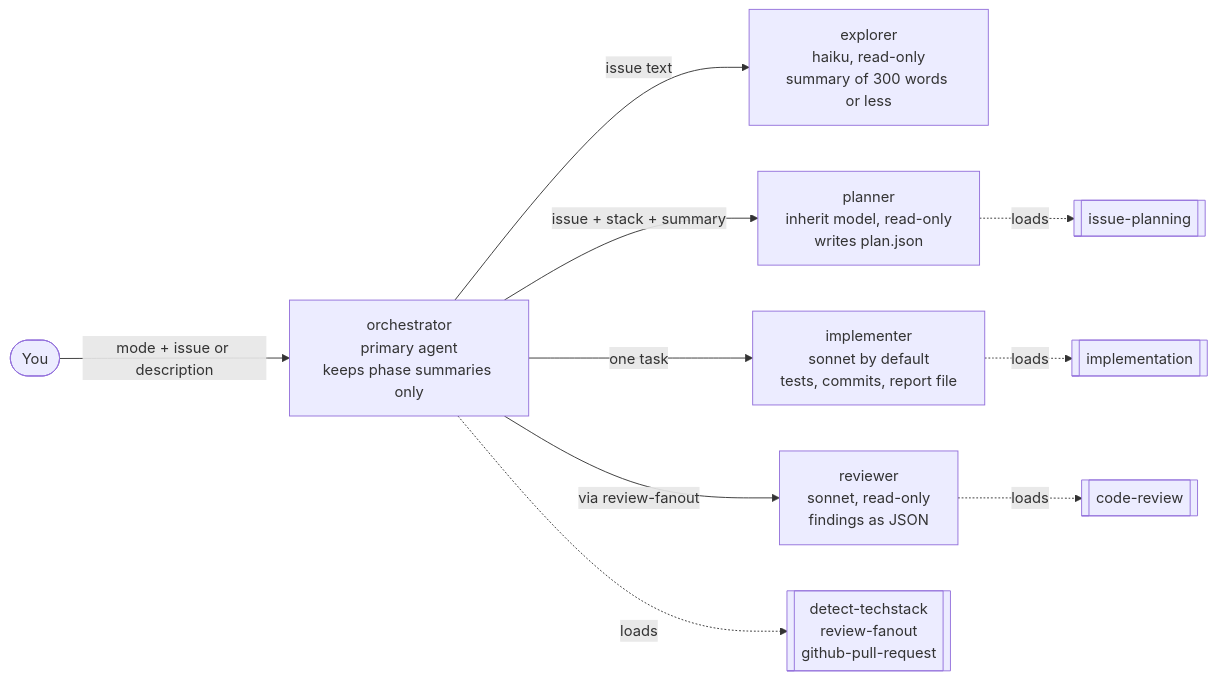
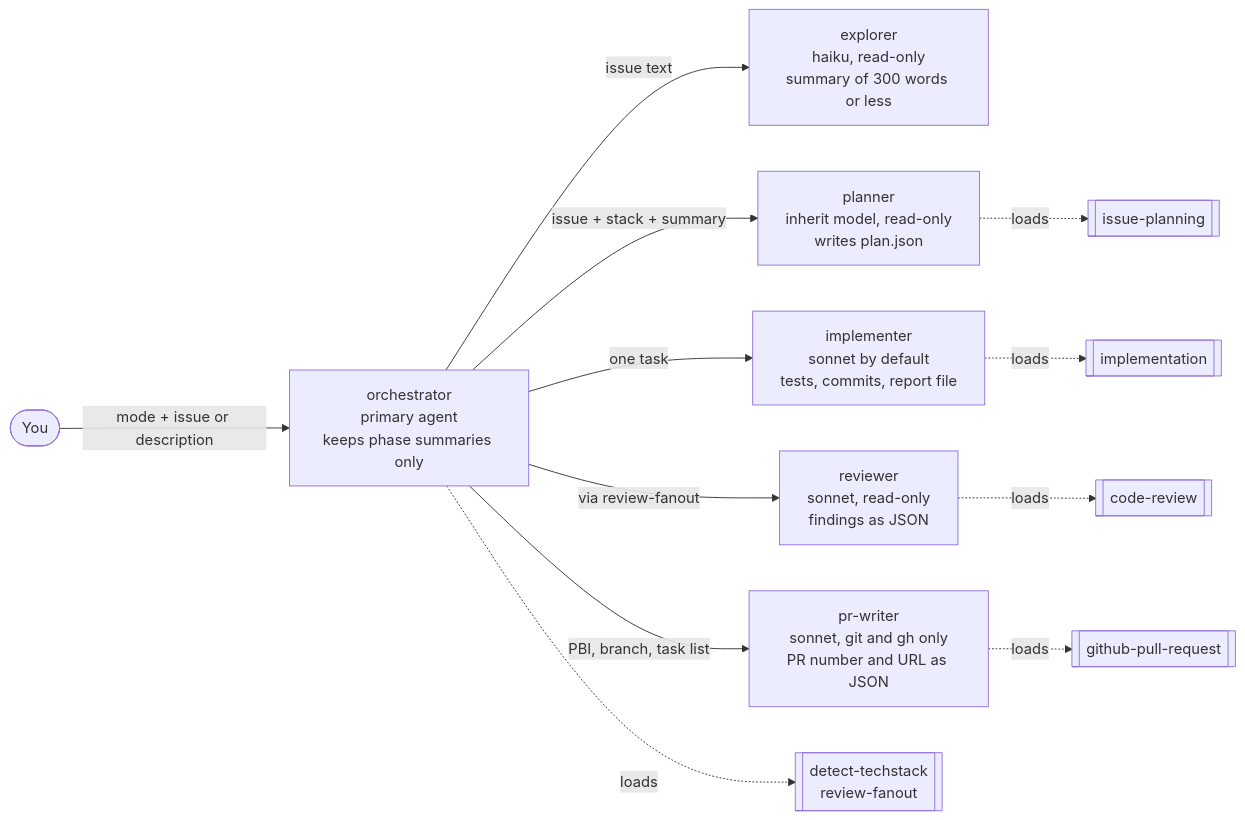
One commit to GravionLabs/apm-hub changed the first of 10 diagrams in docs/orchestrator.md. Above: the diagram before and after it, drawn with Mermaid. The commit also changed other lines of this file and 6 other files, not shown here.

First line of the commit message:
feat(agents): pr-writer subagent opens the PR and returns only its number and URL (#305)

````diff
--- a/docs/orchestrator.md
+++ b/docs/orchestrator.md
@@ -11,12 +11,14 @@
 ```mermaid
 flowchart LR
     U([You]) -->|"mode + issue or description"| O["orchestrator<br/>primary agent<br/>keeps phase summaries only"]
     O -->|"issue text"| E["explorer<br/>haiku, read-only<br/>summary of 300 words or less"]
     O -->|"issue + stack + summary"| P["planner<br/>inherit model, read-only<br/>writes plan.json"]
     O -->|"one task"| I["implementer<br/>sonnet by default<br/>tests, commits, report file"]
     O -->|"via review-fanout"| R["reviewer<br/>sonnet, read-only<br/>findings as JSON"]
+    O -->|"PBI, branch, task list"| W["pr-writer<br/>sonnet, git and gh only<br/>PR number and URL as JSON"]
     P -.->|"loads"| S1[["issue-planning"]]
     I -.->|"loads"| S2[["implementation"]]
     R -.->|"loads"| S3[["code-review"]]
-    O -.->|"loads"| S4[["detect-techstack<br/>review-fanout<br/>github-pull-request"]]
+    W -.->|"loads"| S5[["github-pull-request"]]
+    O -.->|"loads"| S4[["detect-techstack<br/>review-fanout"]]
 ```
````
